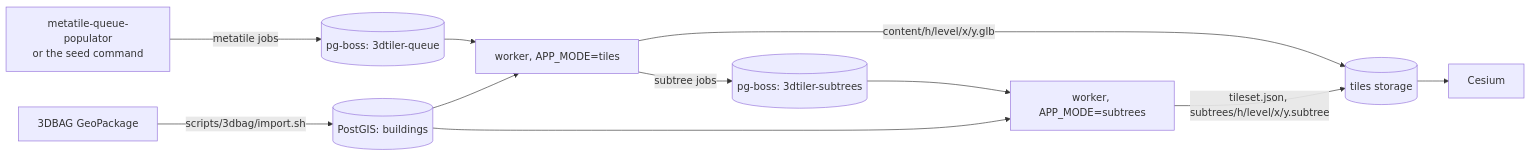
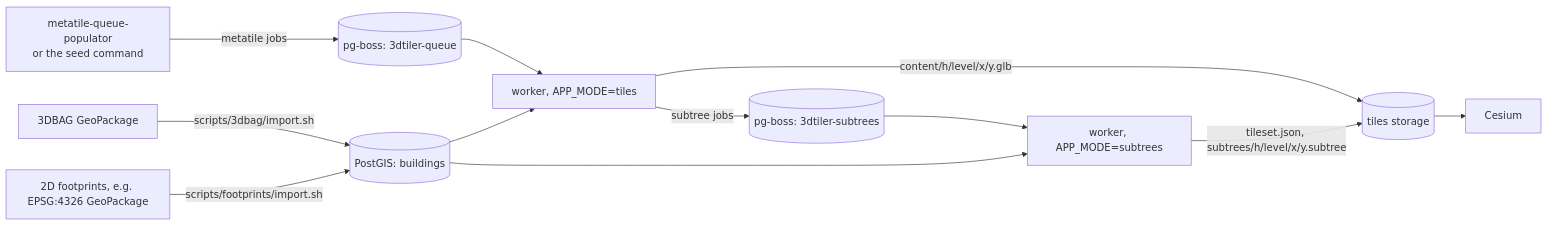
Before and after one commit to NivGreenstein/3DTiler: the diagram in README.md, drawn with Mermaid. The commit also changed other lines of this file and 2 other files, not shown here.

````diff
--- a/README.md
+++ b/README.md
@@ -11,13 +13,14 @@
 ```mermaid
 flowchart LR
   A[3DBAG GeoPackage] -->|scripts/3dbag/import.sh| B[(PostGIS: buildings)]
+  F[2D footprints, e.g. EPSG:4326 GeoPackage] -->|scripts/footprints/import.sh| B
   P[metatile-queue-populator<br/>or the seed command] -->|metatile jobs| Q1[(pg-boss: 3dtiler-queue)]
   Q1 --> T[worker, APP_MODE=tiles]
   B --> T
   T -->|content/h/level/x/y.glb| S[(tiles storage)]
   T -->|subtree jobs| Q2[(pg-boss: 3dtiler-subtrees)]
   Q2 --> U[worker, APP_MODE=subtrees]
   B --> U
   U -->|tileset.json, subtrees/h/level/x/y.subtree| S
   S --> V[Cesium]
 ```
````
